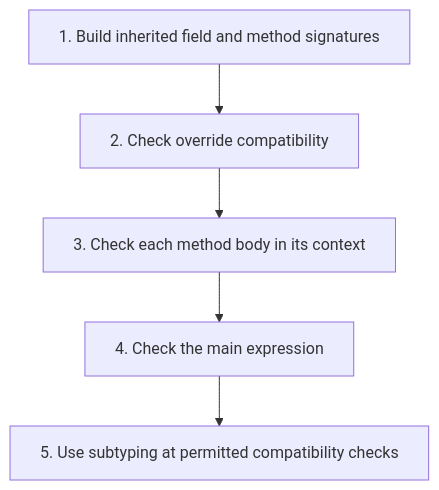
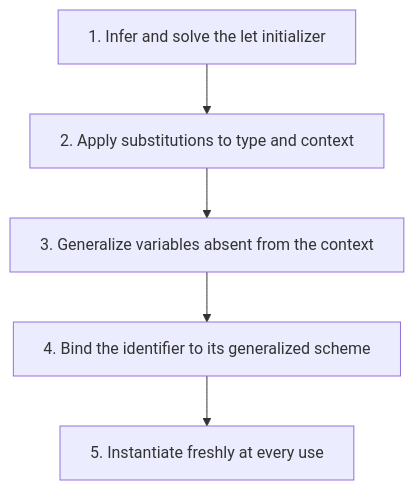
Before and after one commit to S0lluxx26/Programming_language_book_analyze: the diagram in dist/assets/diagrams/textbook-08-12.mmd, drawn with Mermaid. The commit also changed 106 other files, not shown here.

```diff
--- a/dist/assets/diagrams/textbook-08-12.mmd
+++ b/dist/assets/diagrams/textbook-08-12.mmd
@@ -1,13 +1,13 @@
 %%{init: {"flowchart": {"wrappingWidth": 600}}}%%
 flowchart TD
-  accTitle: Lecture 19 reasoning route
-  accDescr: Numbered stages for applying typed objects and subtyping.
-  N0["1. Build inherited field and method signatures"]
-  N1["2. Check override compatibility"]
+  accTitle: Lecture 18 reasoning route
+  accDescr: Numbered stages for applying let-polymorphism.
+  N0["1. Infer and solve the let initializer"]
+  N1["2. Apply substitutions to type and context"]
   N0 --> N1
-  N2["3. Check each method body in its context"]
+  N2["3. Generalize variables absent from the context"]
   N1 --> N2
-  N3["4. Check the main expression"]
+  N3["4. Bind the identifier to its generalized scheme"]
   N2 --> N3
-  N4["5. Use subtyping at permitted compatibility checks"]
+  N4["5. Instantiate freshly at every use"]
   N3 --> N4
```
